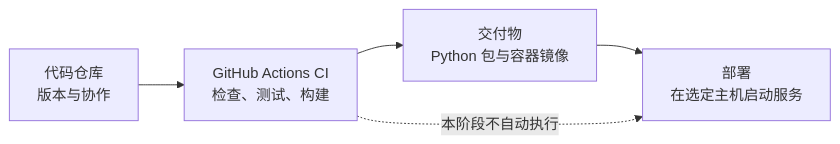
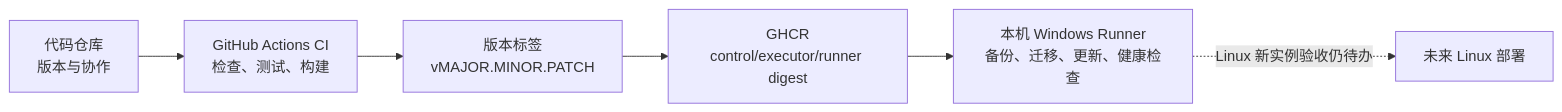
The diagram in generated/261016/1938_项目构建与交付索引.md (shuaibilx/DecAgent), drawn with Mermaid before and after one commit. The commit also changed other lines of this file and 11 other files, not shown here.

````diff
--- a/generated/261016/1938_项目构建与交付索引.md
+++ b/generated/261016/1938_项目构建与交付索引.md
@@ -17,7 +17,8 @@
 ```mermaid
 flowchart LR
     A[代码仓库<br/>版本与协作] --> B[GitHub Actions CI<br/>检查、测试、构建]
-    B --> C[交付物<br/>Python 包与容器镜像]
-    C --> D[部署<br/>在选定主机启动服务]
-    B -.本阶段不自动执行.-> D
+    B --> C[版本标签<br/>vMAJOR.MINOR.PATCH]
+    C --> D[GHCR<br/>control/executor/runner digest]
+    D --> E[本机 Windows Runner<br/>备份、迁移、更新、健康检查]
+    E -.Linux 新实例验收仍待办.-> F[未来 Linux 部署]
 ```
````
